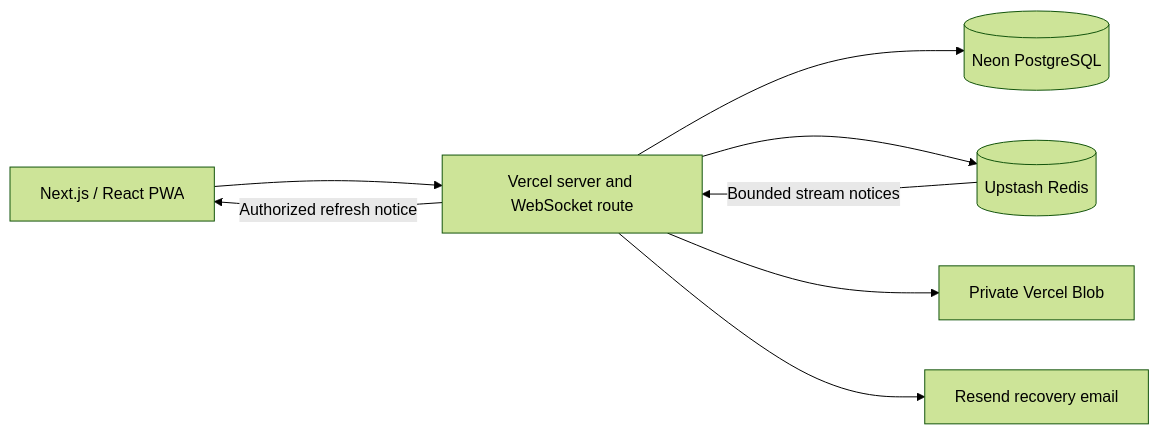
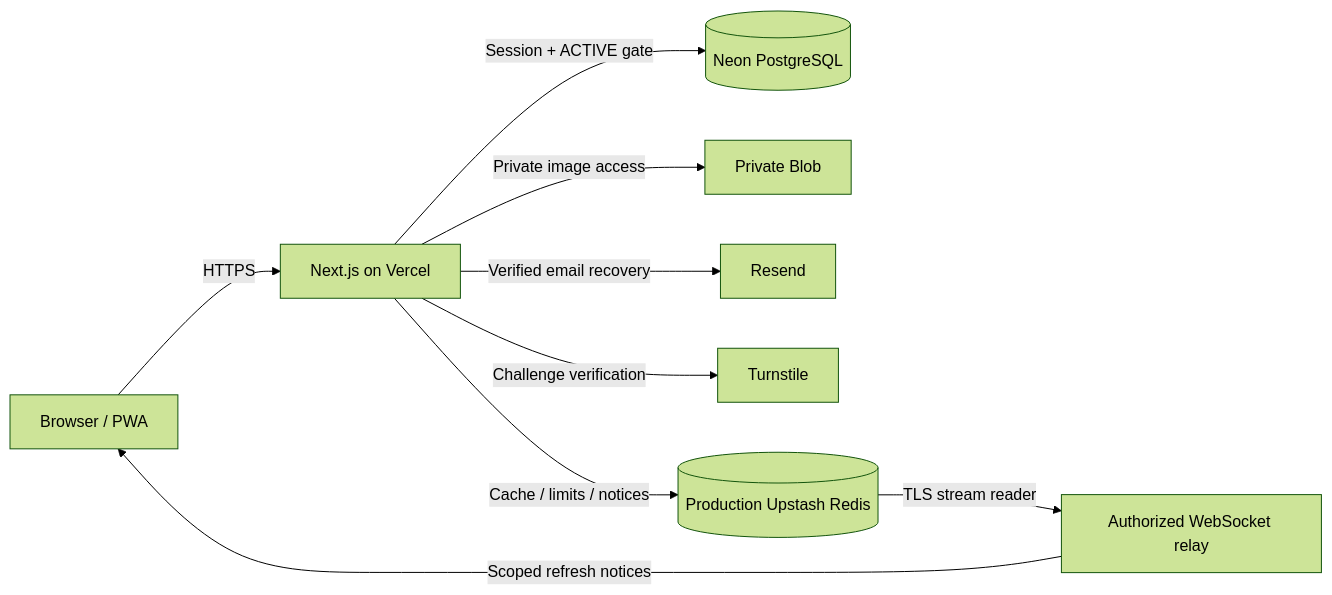
One commit to hicham-4r/ims-network changed the diagram in README.md. Above: the diagram before and after it, drawn with Mermaid (forest theme). The commit also changed other lines of this file and 14 other files, not shown here.

````diff
--- a/README.md
+++ b/README.md
@@ -18,10 +32,11 @@
 ```mermaid
 flowchart LR
-  Browser[Next.js / React PWA] --> App[Vercel server and WebSocket route]
-  App --> DB[(Neon PostgreSQL)]
-  App --> Redis[(Upstash Redis)]
-  App --> Blob[Private Vercel Blob]
-  App --> Email[Resend recovery email]
-  Redis -->|Bounded stream notices| App
-  App -->|Authorized refresh notice| Browser
+  B[Browser / PWA] -->|HTTPS| A[Next.js on Vercel]
+  A -->|Session + ACTIVE gate| D[(Neon PostgreSQL)]
+  A -->|Private image access| V[Private Blob]
+  A -->|Verified email recovery| E[Resend]
+  A -->|Challenge verification| T[Turnstile]
+  A -->|Cache / limits / notices| R[(Production Upstash Redis)]
+  R -->|TLS stream reader| W[Authorized WebSocket relay]
+  W -->|Scoped refresh notices| B
 ```
````
